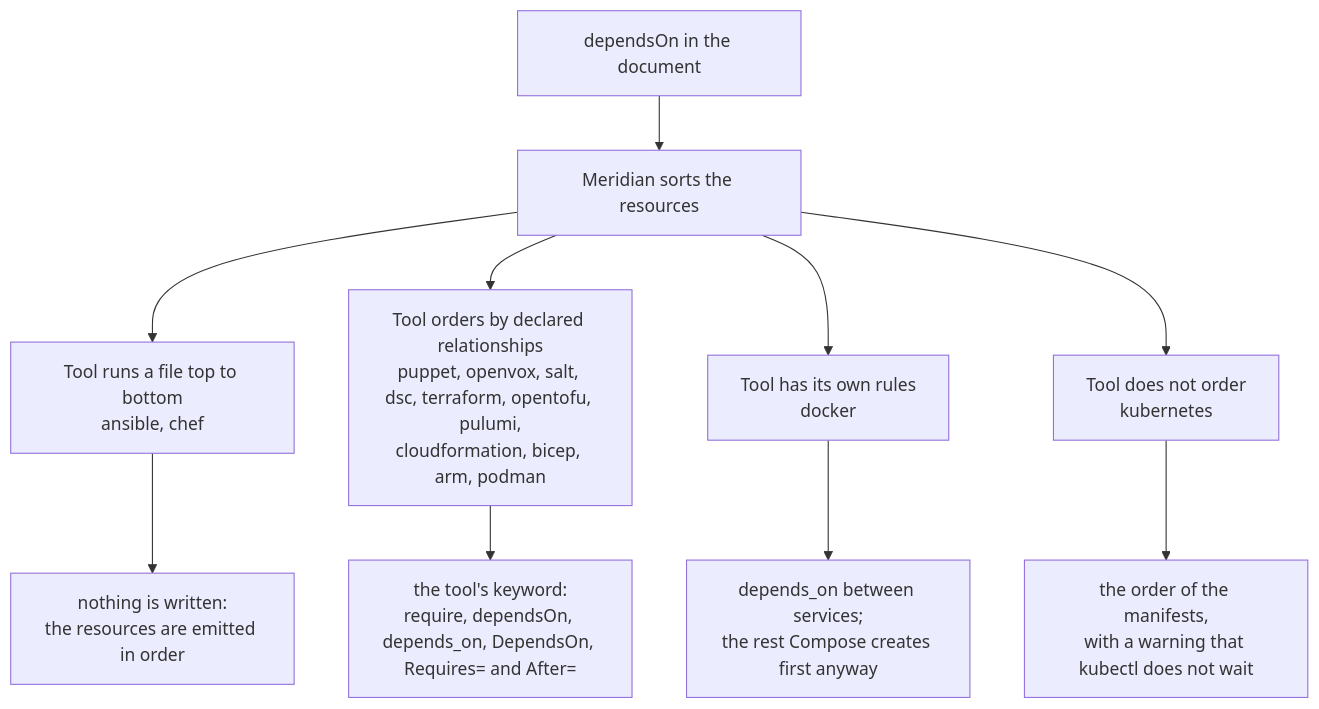
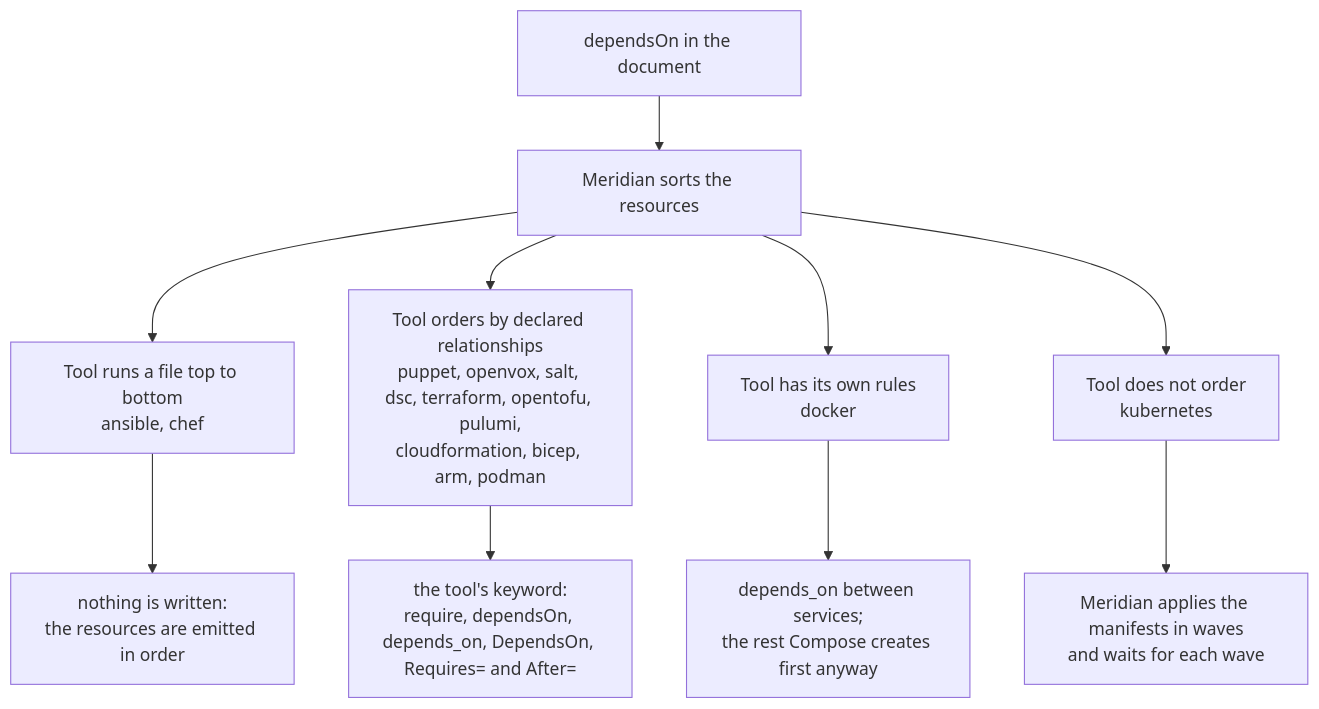
The third of 3 diagrams in docs/reference/dsl/dependson.md (ZanattaMichael/meridian-core), drawn with Mermaid before and after one commit. The commit also changed other lines of this file and 17 other files, not shown here.

First line of the commit message:
Kubernetes applies dependsOn in waves and waits for rollouts, Jobs and CRDs between them (issue 263, part 1) (#286)

````diff
--- a/docs/reference/dsl/dependson.md
+++ b/docs/reference/dsl/dependson.md
@@ -102,12 +102,12 @@
 ```mermaid
 flowchart TD
     D["dependsOn in the document"] --> S["Meridian sorts the resources"]
     S --> F["Tool runs a file top to bottom<br/>ansible, chef"]
     S --> R["Tool orders by declared relationships<br/>puppet, openvox, salt, dsc, terraform, opentofu, pulumi,<br/>cloudformation, bicep, arm, podman"]
     S --> O["Tool has its own rules<br/>docker"]
     S --> N["Tool does not order<br/>kubernetes"]
     F --> F2["nothing is written:<br/>the resources are emitted in order"]
     R --> R2["the tool's keyword:<br/>require, dependsOn, depends_on, DependsOn, Requires= and After="]
     O --> O2["depends_on between services;<br/>the rest Compose creates first anyway"]
-    N --> N2["the order of the manifests,<br/>with a warning that kubectl does not wait"]
+    N --> N2["Meridian applies the manifests in waves<br/>and waits for each wave"]
 ```
````
